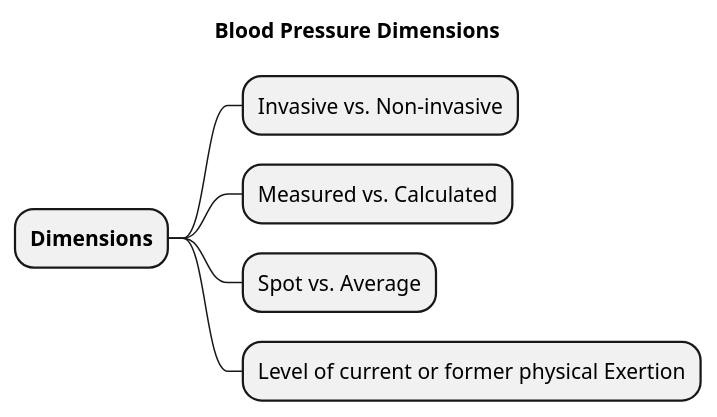
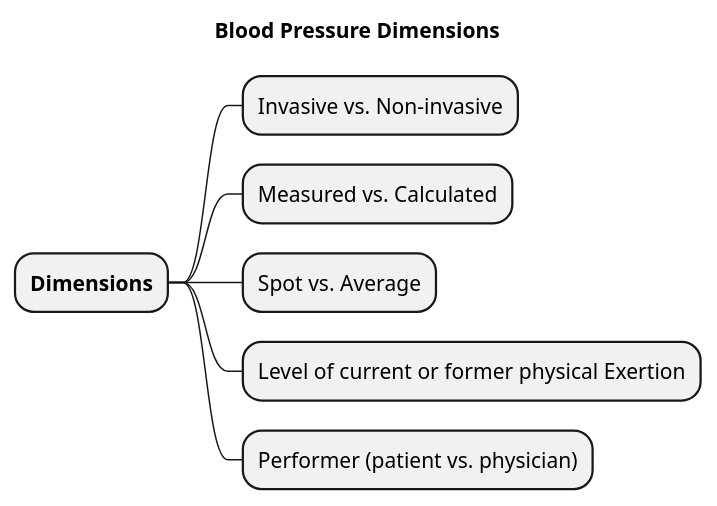
Before and after one commit to frankoemig/bloodpressure: the diagram in input/images-source/bloodpressure_dimensions.plantuml, drawn with PlantUML. The commit also changed 7 other files, not shown here.

```diff
--- a/input/images-source/bloodpressure_dimensions.plantuml
+++ b/input/images-source/bloodpressure_dimensions.plantuml
@@ -1,14 +1,15 @@
 @startmindmap
 
 'skinparam svgDimensionStyle false
 
 title Blood Pressure Dimensions
 
 + **Dimensions**
 
 ++ Invasive vs. Non-invasive
 ++ Measured vs. Calculated
 ++ Spot vs. Average
 ++ Level of current or former physical Exertion
+++ Performer (patient vs. physician)
 
 @endmindmap
```
